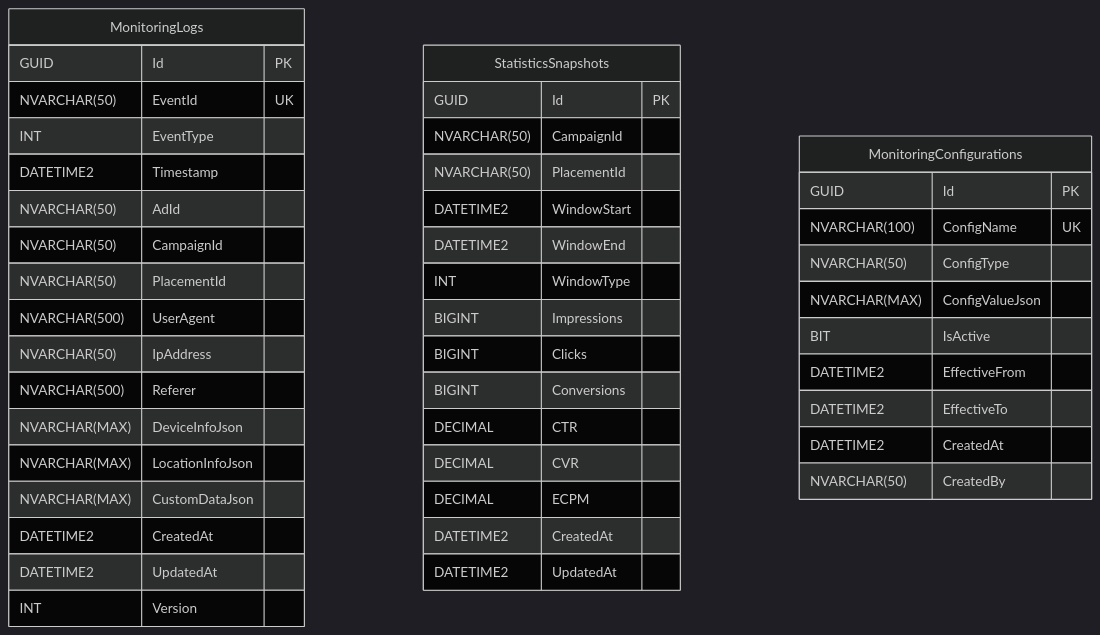
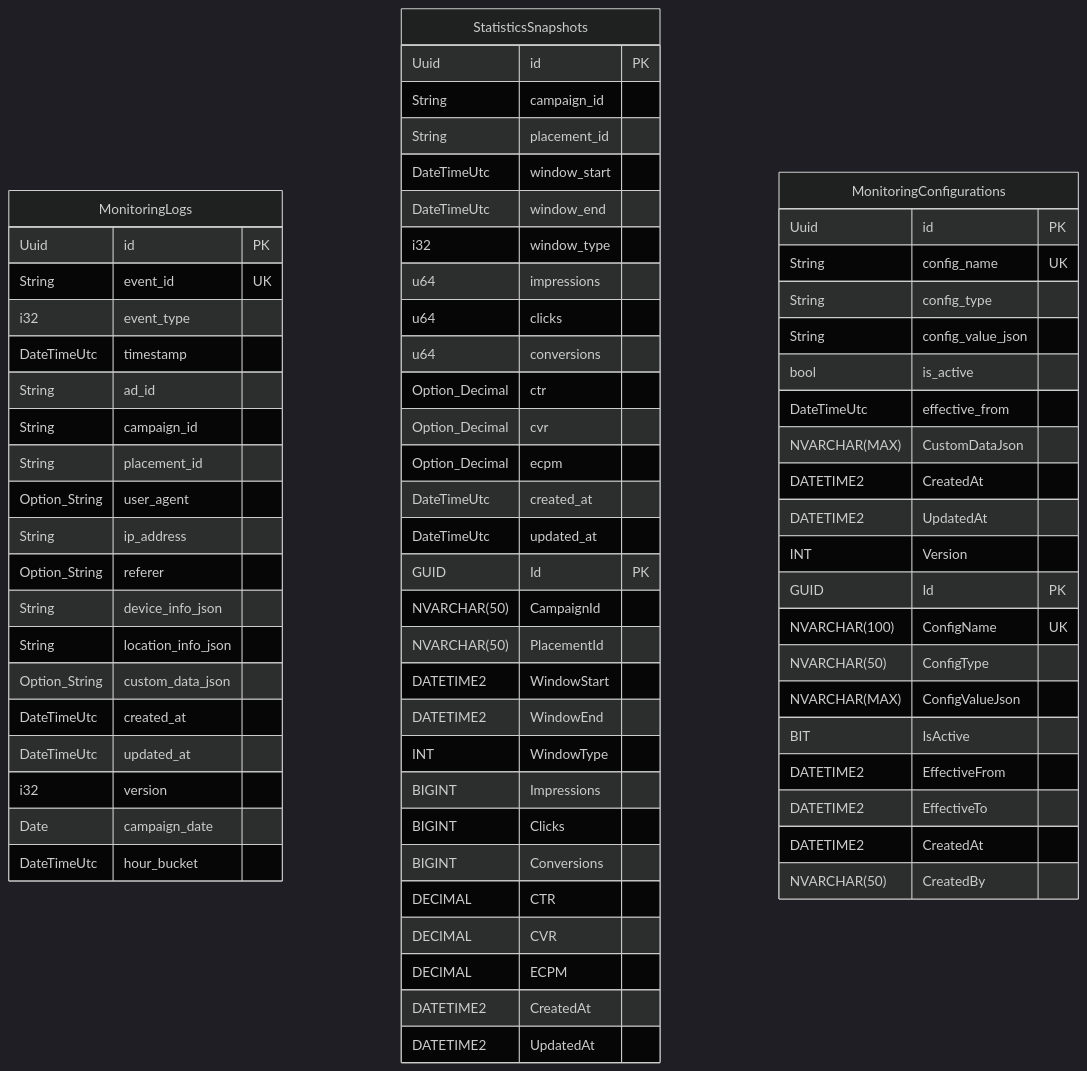
The fifth of 10 diagrams in docs_TecDesign/广告投放引擎/广告效果监测服务设计/广告效果监测服务数据结构设计.md (lornshrimp/Lorn.ADSP.Rust), drawn with Mermaid (dark theme) before and after one commit. The commit also changed other lines of this file and 8 other files, not shown here.

````diff
--- a/docs_TecDesign/广告投放引擎/广告效果监测服务设计/广告效果监测服务数据结构设计.md
+++ b/docs_TecDesign/广告投放引擎/广告效果监测服务设计/广告效果监测服务数据结构设计.md
@@ -368,50 +2724,82 @@
 ```mermaid
 erDiagram
     MonitoringLogs {
-        GUID Id PK
-        NVARCHAR(50) EventId UK
-        INT EventType
-        DATETIME2 Timestamp
-        NVARCHAR(50) AdId
-        NVARCHAR(50) CampaignId
-        NVARCHAR(50) PlacementId
-        NVARCHAR(500) UserAgent
-        NVARCHAR(50) IpAddress
-        NVARCHAR(500) Referer
-        NVARCHAR(MAX) DeviceInfoJson
-        NVARCHAR(MAX) LocationInfoJson
+        Uuid id PK
+        String event_id UK
+        i32 event_type
+        DateTimeUtc timestamp
+        String ad_id
+        String campaign_id
+        String placement_id
+        Option_String user_agent
+        String ip_address
+        Option_String referer
+        String device_info_json
+        String location_info_json
+        Option_String custom_data_json
+        DateTimeUtc created_at
+        DateTimeUtc updated_at
+        i32 version
+        Date campaign_date
+        DateTimeUtc hour_bucket
+    }
+    
+    StatisticsSnapshots {
+        Uuid id PK
+        String campaign_id
+        String placement_id
+        DateTimeUtc window_start
+        DateTimeUtc window_end
+        i32 window_type
+        u64 impressions
+        u64 clicks
+        u64 conversions
+        Option_Decimal ctr
+        Option_Decimal cvr
+        Option_Decimal ecpm
+        DateTimeUtc created_at
+        DateTimeUtc updated_at
+    }
+    
+    MonitoringConfigurations {
+        Uuid id PK
+        String config_name UK
+        String config_type
+        String config_value_json
+        bool is_active
+        DateTimeUtc effective_from
         NVARCHAR(MAX) CustomDataJson
         DATETIME2 CreatedAt
         DATETIME2 UpdatedAt
         INT Version
     }
     
     StatisticsSnapshots {
         GUID Id PK
         NVARCHAR(50) CampaignId
         NVARCHAR(50) PlacementId
         DATETIME2 WindowStart
         DATETIME2 WindowEnd
         INT WindowType
         BIGINT Impressions
         BIGINT Clicks
         BIGINT Conversions
         DECIMAL CTR
         DECIMAL CVR
         DECIMAL ECPM
         DATETIME2 CreatedAt
         DATETIME2 UpdatedAt
     }
     
     MonitoringConfigurations {
         GUID Id PK
         NVARCHAR(100) ConfigName UK
         NVARCHAR(50) ConfigType
         NVARCHAR(MAX) ConfigValueJson
         BIT IsActive
         DATETIME2 EffectiveFrom
         DATETIME2 EffectiveTo
         DATETIME2 CreatedAt
         NVARCHAR(50) CreatedBy
     }
 ```
````
